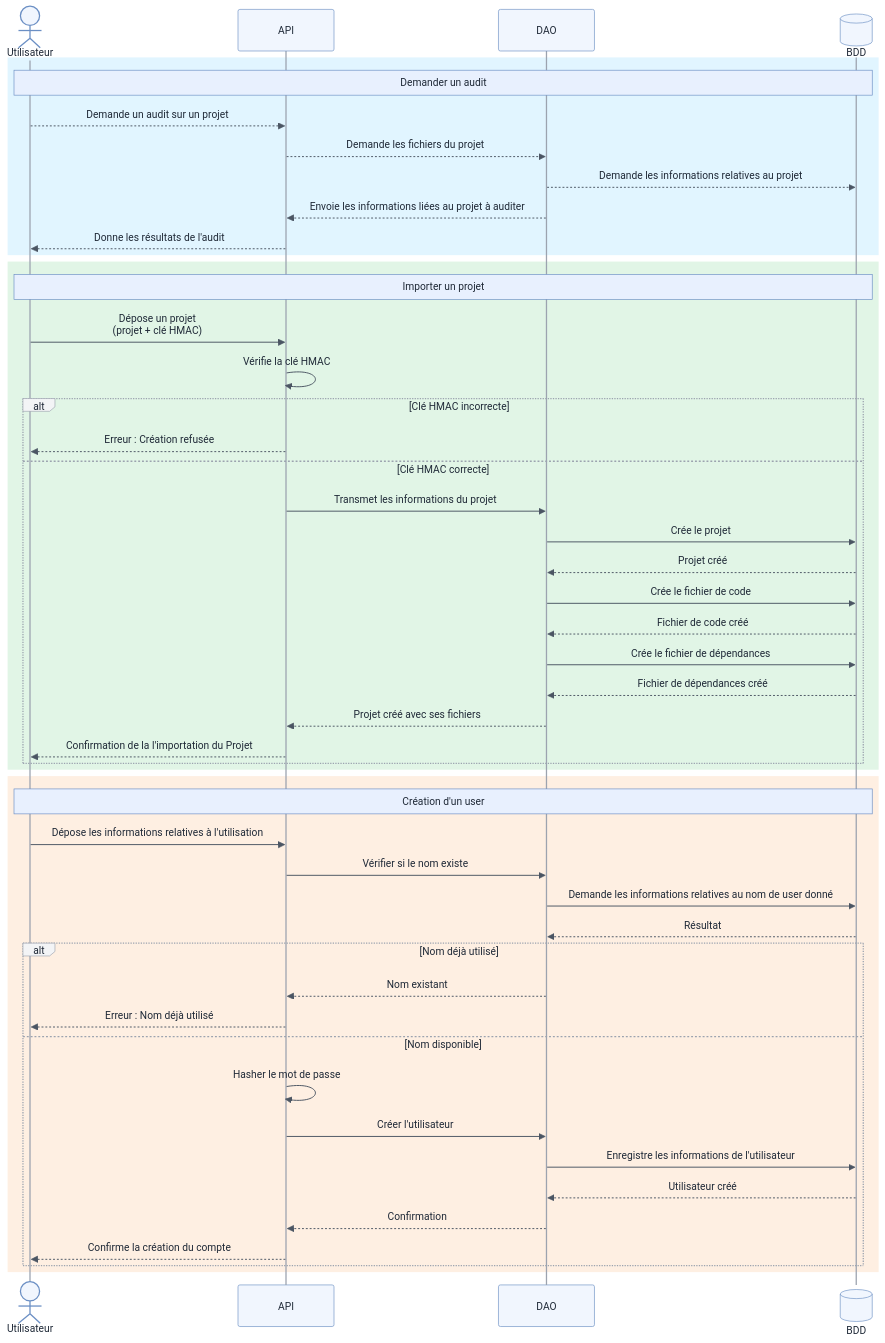
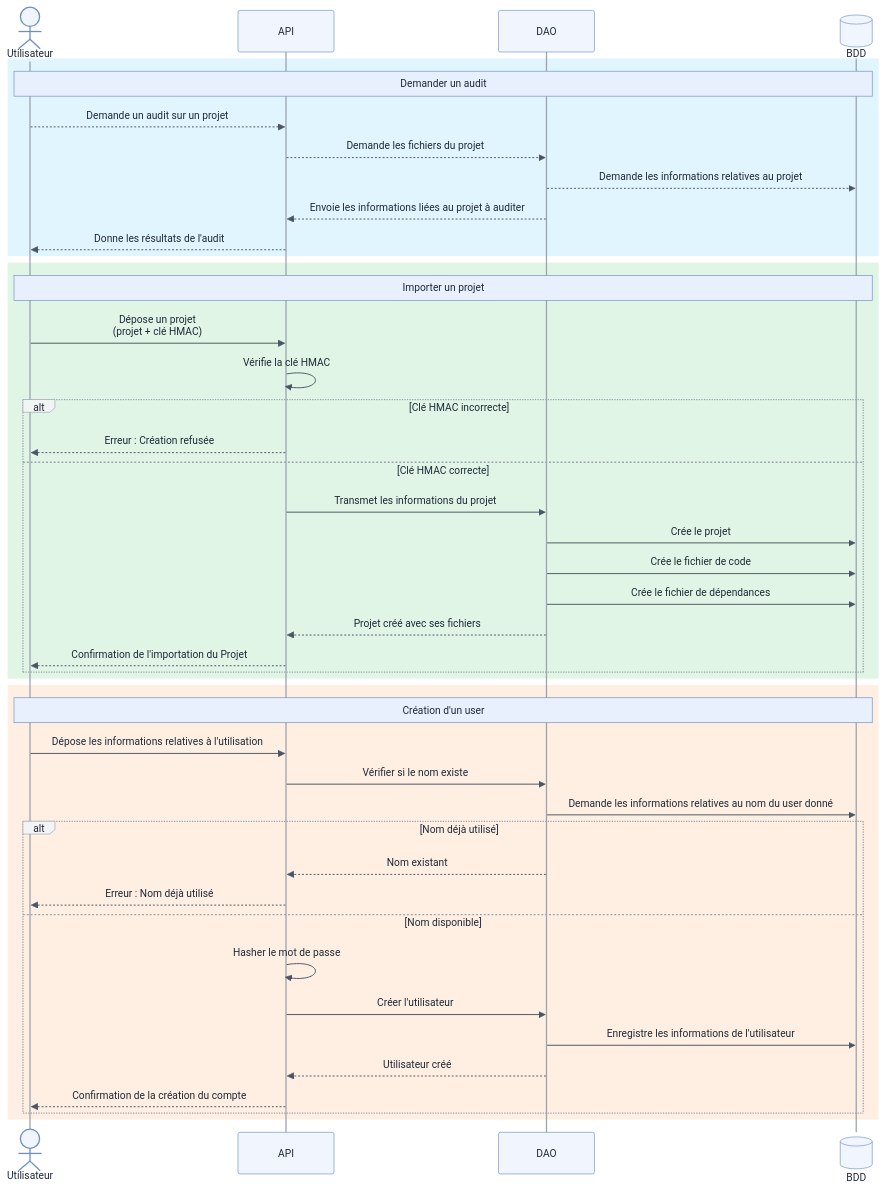
One commit to galahade-ncl/ensai-it-project-2a-team34 changed the diagram in doc/sequence_diagram.md. Above: the diagram before and after it, drawn with Mermaid. The commit also changed 4 other files, not shown here.

`````diff
--- a/doc/sequence_diagram.md
+++ b/doc/sequence_diagram.md
@@ -60,13 +60,10 @@
         else Clé HMAC correcte
             API->>DAO: Transmet les informations du projet
             DAO->>BDD: Crée le projet
-            BDD-->>DAO: Projet créé
             DAO->>BDD: Crée le fichier de code
-            BDD-->>DAO: Fichier de code créé
             DAO->>BDD: Crée le fichier de dépendances
-            BDD-->>DAO: Fichier de dépendances créé
             DAO-->>API: Projet créé avec ses fichiers
-            API-->>Utilisateur: Confirmation de la l'importation du Projet
+            API-->>Utilisateur: Confirmation de l'importation du Projet
         end
     end
 
@@ -75,8 +72,7 @@
 
         Utilisateur->>API: Dépose les informations relatives à l'utilisation
         API->>DAO: Vérifier si le nom existe
-        DAO->>BDD: Demande les informations relatives au nom de user donné
-        BDD-->>DAO: Résultat
+        DAO->>BDD: Demande les informations relatives au nom du user donné
 
         alt Nom déjà utilisé
             DAO-->>API: Nom existant
@@ -85,9 +81,8 @@
             API->>API: Hasher le mot de passe
             API->>DAO: Créer l'utilisateur
             DAO->>BDD: Enregistre les informations de l'utilisateur
-            BDD-->>DAO: Utilisateur créé
-            DAO-->>API: Confirmation
-            API-->>Utilisateur: Confirme la création du compte
+            DAO-->>API: Utilisateur créé
+            API-->>Utilisateur: Confirmation de la création du compte
         end
     end
 ````
`````
